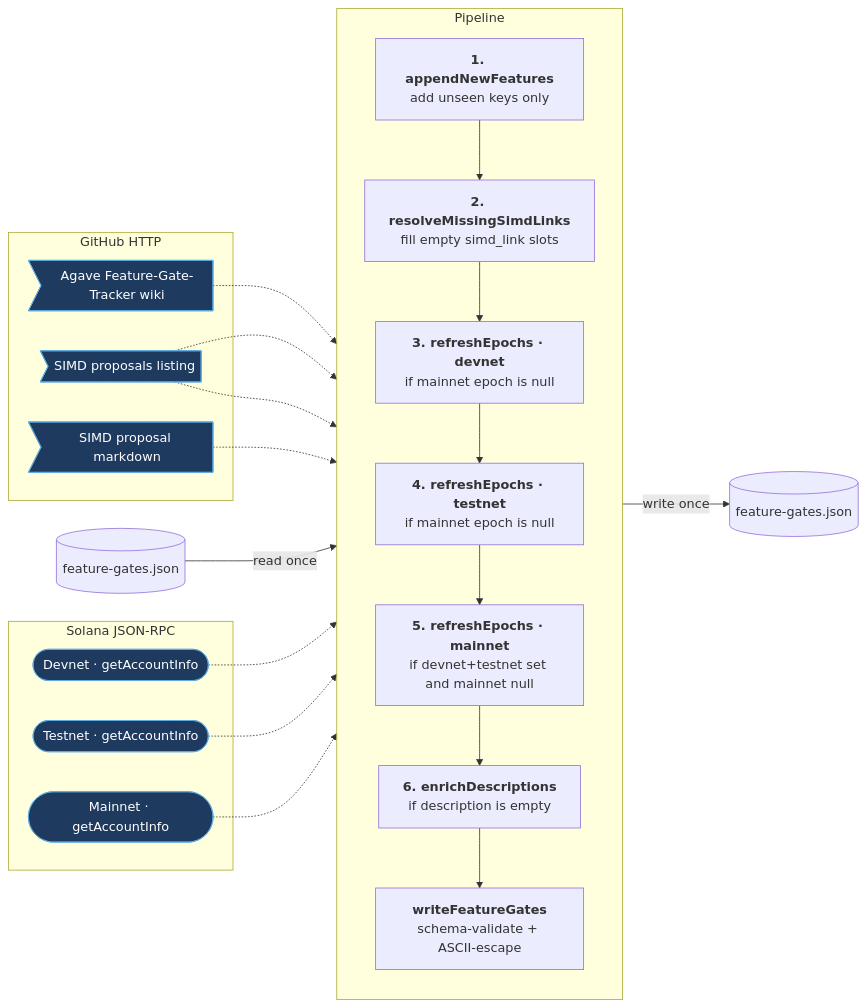
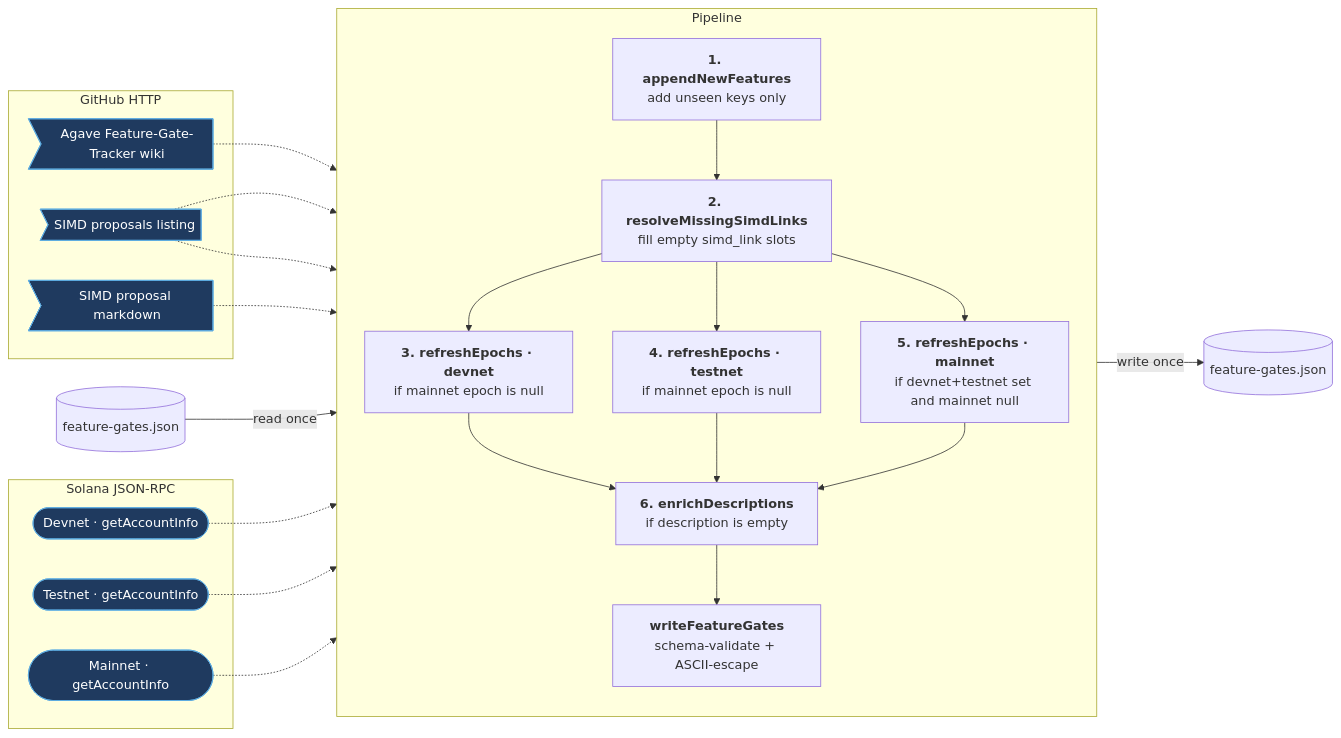
Before and after one commit to solana-foundation/explorer: the diagram in openspec/changes/rebuild-feature-gate-pipeline/design.md, drawn with Mermaid. The commit also changed other lines of this file and 13 other files, not shown here.

````diff
--- a/openspec/changes/rebuild-feature-gate-pipeline/design.md
+++ b/openspec/changes/rebuild-feature-gate-pipeline/design.md
@@ -25,43 +25,51 @@
 ```mermaid
 flowchart LR
     JSON[(feature-gates.json)]
     JSONOUT[(feature-gates.json)]
 
     subgraph pipeline [Pipeline]
         direction TB
         S1["<b>1. appendNewFeatures</b><br/>add unseen keys only"]
         S2["<b>2. resolveMissingSimdLinks</b><br/>fill empty simd_link slots"]
         S3["<b>3. refreshEpochs · devnet</b><br/>if mainnet epoch is null"]
         S4["<b>4. refreshEpochs · testnet</b><br/>if mainnet epoch is null"]
         S5["<b>5. refreshEpochs · mainnet</b><br/>if devnet+testnet set and mainnet null"]
         S6["<b>6. enrichDescriptions</b><br/>if description is empty"]
         Out["<b>writeFeatureGates</b><br/>schema-validate + ASCII-escape"]
-        S1 --> S2 --> S3 --> S4 --> S5 --> S6 --> Out
+        %% stages 3-5 run concurrently (Promise.all), then rejoin
+        S1 --> S2
+        S2 --> S3
+        S2 --> S4
+        S2 --> S5
+        S3 --> S6
+        S4 --> S6
+        S5 --> S6
+        S6 --> Out
     end
 
     subgraph github [GitHub HTTP]
         Wiki>Agave Feature-Gate-Tracker wiki]
         Proposals>SIMD proposals listing]
         Simds>SIMD proposal markdown]
     end
 
     subgraph rpc [Solana JSON-RPC]
         Devnet([Devnet · getAccountInfo])
         Testnet([Testnet · getAccountInfo])
         Mainnet([Mainnet · getAccountInfo])
     end
 
     JSON -->|read once| S1
     Out -->|write once| JSONOUT
 
     Wiki -.-> S1
     Proposals -.-> S1
     Proposals -.-> S2
     Devnet -.-> S3
     Testnet -.-> S4
     Mainnet -.-> S5
     Simds -.-> S6
 
     classDef ext fill:#1f3a5f,stroke:#5dade2,color:#fff
     class Wiki,Proposals,Simds,Devnet,Testnet,Mainnet ext
 ```
````
